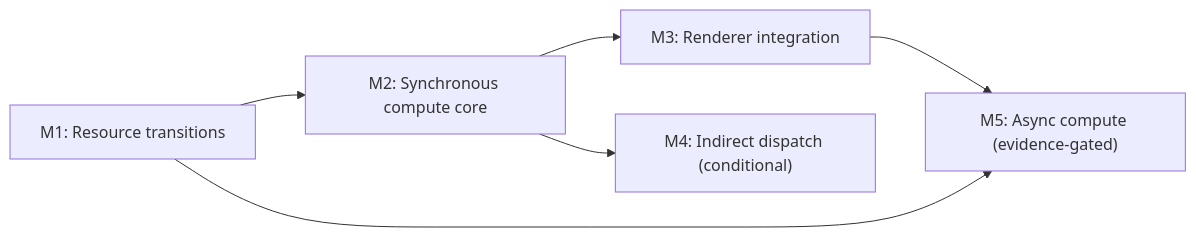
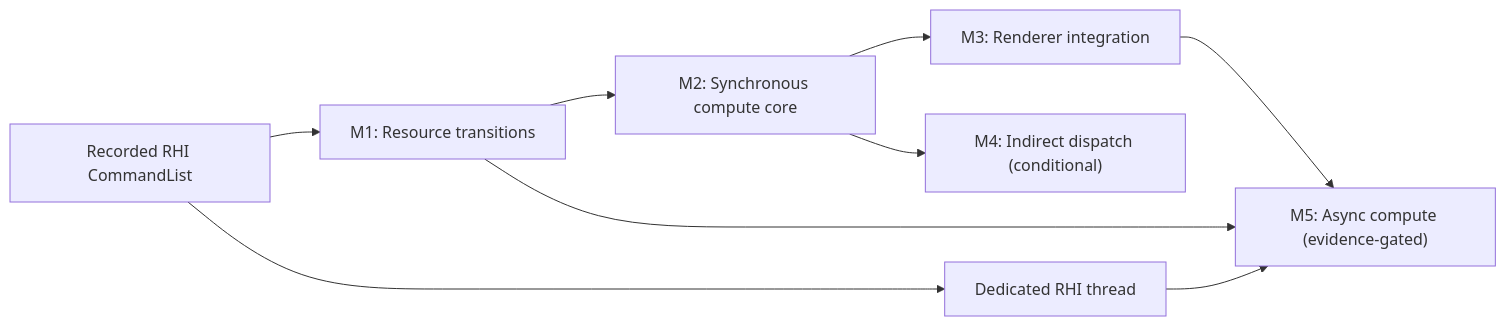
The diagram in Documentation/Roadmaps/ComputeShaderPipeline.md (zhougy1996/Durin), drawn with Mermaid before and after one commit. The commit also changed other lines of this file and 2 other files, not shown here.

First line of the commit message:
docs(rhi): add command submission plans

````diff
--- a/Documentation/Roadmaps/ComputeShaderPipeline.md
+++ b/Documentation/Roadmaps/ComputeShaderPipeline.md
@@ -125,8 +140,11 @@
 ```mermaid
 flowchart LR
-    M1["M1: Resource transitions"] --> M2["M2: Synchronous compute core"]
+    RC["Recorded RHI CommandList"] --> M1["M1: Resource transitions"]
+    RC --> RT["Dedicated RHI thread"]
+    M1 --> M2["M2: Synchronous compute core"]
     M2 --> M3["M3: Renderer integration"]
     M2 --> M4["M4: Indirect dispatch (conditional)"]
     M3 --> M5["M5: Async compute (evidence-gated)"]
     M1 --> M5
+    RT --> M5
 ```
````
